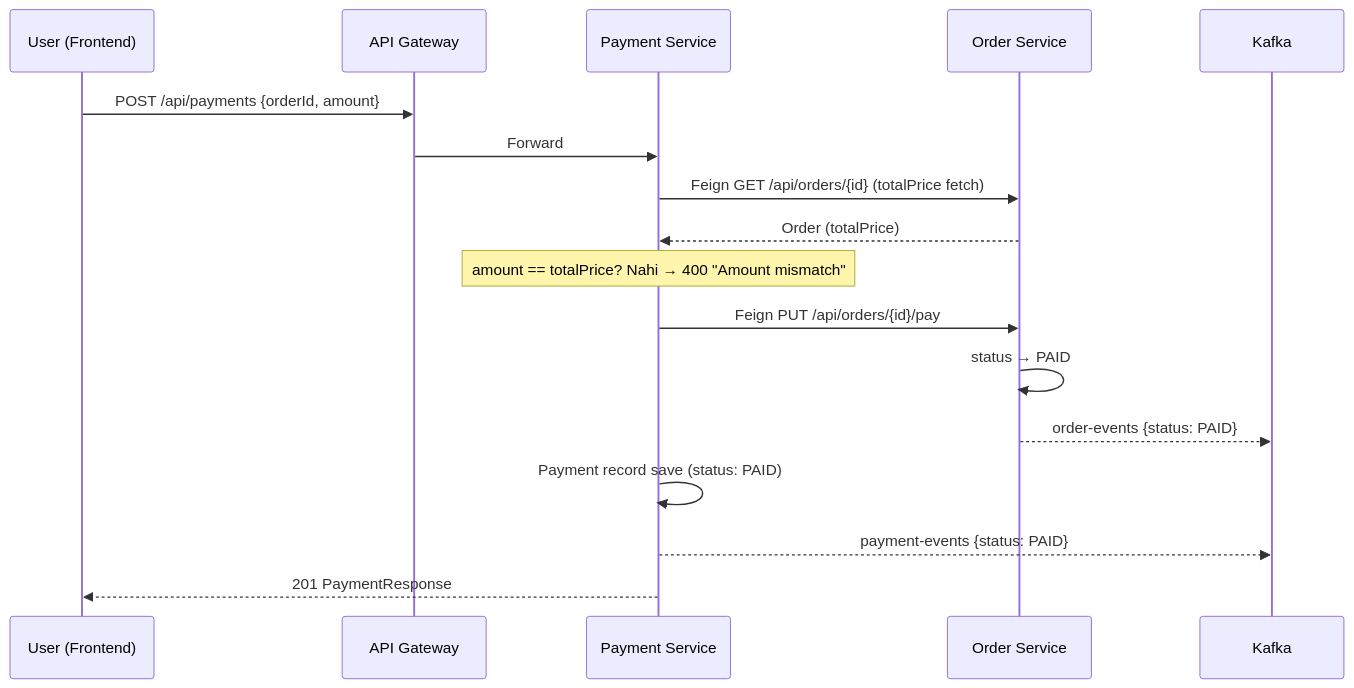
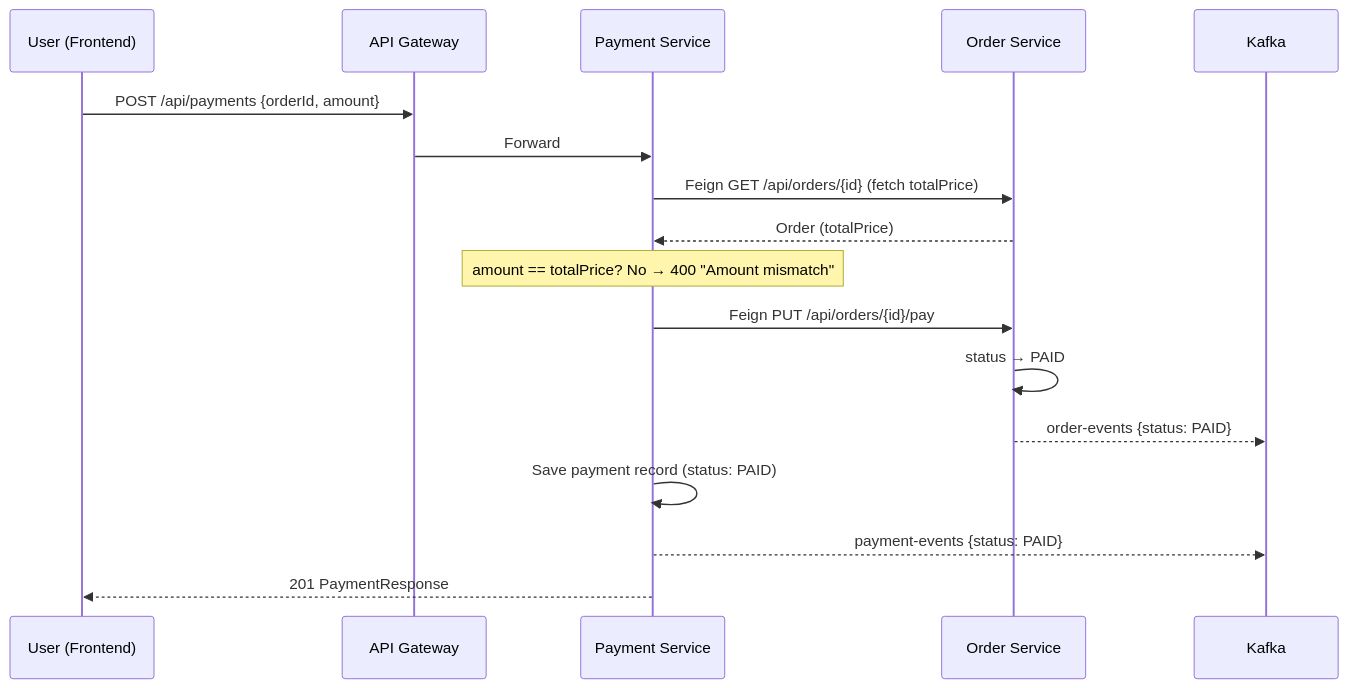
The fourth of 8 diagrams in README.md (shubhamdagar9854/OrderPulse), drawn with Mermaid before and after one commit. The commit also changed other lines of this file, not shown here.

````diff
--- a/README.md
+++ b/README.md
@@ -162,19 +162,19 @@
 ```mermaid
 sequenceDiagram
     participant U as User (Frontend)
     participant GW as API Gateway
     participant PMS as Payment Service
     participant OS as Order Service
 
     U->>GW: POST /api/payments {orderId, amount}
     GW->>PMS: Forward
-    PMS->>OS: Feign GET /api/orders/{id} (totalPrice fetch)
+    PMS->>OS: Feign GET /api/orders/{id} (fetch totalPrice)
     OS-->>PMS: Order (totalPrice)
-    Note over PMS: amount == totalPrice? Nahi → 400 "Amount mismatch"
+    Note over PMS: amount == totalPrice? No → 400 "Amount mismatch"
     PMS->>OS: Feign PUT /api/orders/{id}/pay
     OS->>OS: status → PAID
     OS-->>Kafka: order-events {status: PAID}
-    PMS->>PMS: Payment record save (status: PAID)
+    PMS->>PMS: Save payment record (status: PAID)
     PMS-->>Kafka: payment-events {status: PAID}
     PMS-->>U: 201 PaymentResponse
 ```
````
